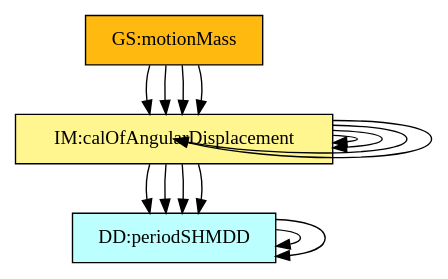
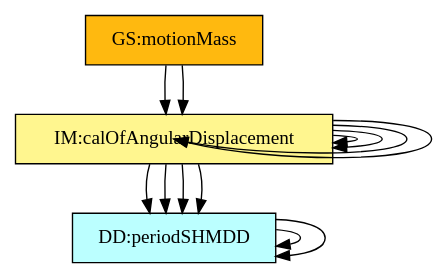
Before and after one commit to JacquesCarette/Drasil: the diagram in code/stable/sglpend/TraceyGraph/allvsall.dot, drawn with Graphviz. The commit also changed 49 other files, not shown here.

```diff
--- a/code/stable/sglpend/TraceyGraph/allvsall.dot
+++ b/code/stable/sglpend/TraceyGraph/allvsall.dot
@@ -1,92 +1,87 @@
 digraph allvsall {
 	dataDefn:angularFrequency -> dataDefn:period;
 	dataDefn:period -> dataDefn:frequency;
 	theory:angFrequencyGD -> dataDefn:frequency;
 	theory:angFrequencyGD -> theory:newtonSLR;
 	theory:periodPendGD -> dataDefn:frequency;
 	theory:periodPendGD -> dataDefn:angularFrequency;
 	theory:periodPendGD -> dataDefn:period;
 	theory:periodPendGD -> theory:angFrequencyGD;
 	theory:angularDisplacementIM -> theory:newtonSLR;
 	theory:angularDisplacementIM -> theory:angFrequencyGD;
-	instance:calcAngPos -> theory:angularDisplacementIM;
-	instance:outputValues -> theory:angularDisplacementIM;
 	instance:calcAngPos -> theory:angularDisplacementIM;
 	instance:outputValues -> theory:angularDisplacementIM;
 
 
 	instance:twoDMotion	[shape=box, color=black, style=filled, fillcolor=mistyrose, label="A:twoDMotion"];
 	instance:cartSys	[shape=box, color=black, style=filled, fillcolor=mistyrose, label="A:cartSys"];
 	instance:cartSysR	[shape=box, color=black, style=filled, fillcolor=mistyrose, label="A:cartSysR"];
 	instance:yAxisDir	[shape=box, color=black, style=filled, fillcolor=mistyrose, label="A:yAxisDir"];
 
 	subgraph A {
 	rank="same"
 	{instance:twoDMotion, instance:cartSys, instance:cartSysR, instance:yAxisDir}
 	}
 
 	dataDefn:ixPos	[shape=box, color=black, style=filled, fillcolor=paleturquoise1, label="DD:positionIX"];
 	dataDefn:iyPos	[shape=box, color=black, style=filled, fillcolor=paleturquoise1, label="DD:positionIY"];
 	dataDefn:frequency	[shape=box, color=black, style=filled, fillcolor=paleturquoise1, label="DD:frequencyDD"];
 	dataDefn:angularFrequency	[shape=box, color=black, style=filled, fillcolor=paleturquoise1, label="DD:angFrequencyDD"];
 	dataDefn:period	[shape=box, color=black, style=filled, fillcolor=paleturquoise1, label="DD:periodSHMDD"];
 
 	subgraph DD {
 	rank="same"
 	{dataDefn:ixPos, dataDefn:iyPos, dataDefn:frequency, dataDefn:angularFrequency, dataDefn:period}
 	}
 
 	theory:accelerationTM	[shape=box, color=black, style=filled, fillcolor=pink, label="TM:acceleration"];
 	theory:velocityTM	[shape=box, color=black, style=filled, fillcolor=pink, label="TM:velocity"];
 	theory:newtonSL	[shape=box, color=black, style=filled, fillcolor=pink, label="TM:NewtonSecLawMot"];
 	theory:newtonSLR	[shape=box, color=black, style=filled, fillcolor=pink, label="TM:NewtonSecLawRotMot"];
 
 	subgraph TM {
 	rank="same"
 	{theory:accelerationTM, theory:velocityTM, theory:newtonSL, theory:newtonSLR}
 	}
 
 	theory:xVel	[shape=box, color=black, style=filled, fillcolor=palegreen, label="GD:velocityIX"];
 	theory:yVel	[shape=box, color=black, style=filled, fillcolor=palegreen, label="GD:velocityIY"];
 	theory:xScalAcc	[shape=box, color=black, style=filled, fillcolor=palegreen, label="GD:accelerationIX"];
 	theory:yScalAcc	[shape=box, color=black, style=filled, fillcolor=palegreen, label="GD:accelerationIY"];
 	theory:hForceOnPendulum	[shape=box, color=black, style=filled, fillcolor=palegreen, label="GD:hForceOnPendulum"];
 	theory:vForceOnPendulum	[shape=box, color=black, style=filled, fillcolor=palegreen, label="GD:vForceOnPendulum"];
 	theory:angFrequencyGD	[shape=box, color=black, style=filled, fillcolor=palegreen, label="GD:angFrequencyGD"];
 	theory:periodPendGD	[shape=box, color=black, style=filled, fillcolor=palegreen, label="GD:periodPend"];
 
 	subgraph GD {
 	rank="same"
 	{theory:xVel, theory:yVel, theory:xScalAcc, theory:yScalAcc, theory:hForceOnPendulum, theory:vForceOnPendulum, theory:angFrequencyGD, theory:periodPendGD}
 	}
 
 	theory:angularDisplacementIM	[shape=box, color=black, style=filled, fillcolor=khaki1, label="IM:calOfAngularDisplacement"];
 
 	subgraph IM {
 	rank="same"
 	{theory:angularDisplacementIM}
 	}
 
-	instance:verifyInptVals	[shape=box, color=black, style=filled, fillcolor=ivory, label="FR:verifyInptVals"];
-	instance:calcAngPos	[shape=box, color=black, style=filled, fillcolor=ivory, label="FR:calcAngPos"];
-	instance:outputValues	[shape=box, color=black, style=filled, fillcolor=ivory, label="FR:outputValues"];
 	instance:correct	[shape=box, color=black, style=filled, fillcolor=ivory, label="NFR:correct"];
 	instance:portable	[shape=box, color=black, style=filled, fillcolor=ivory, label="NFR:portable"];
 	instance:inputValues	[shape=box, color=black, style=filled, fillcolor=ivory, label="FR:inputValues"];
 	instance:verifyInptVals	[shape=box, color=black, style=filled, fillcolor=ivory, label="FR:verifyInptVals"];
 	instance:calcAngPos	[shape=box, color=black, style=filled, fillcolor=ivory, label="FR:calcAngPos"];
 	instance:outputValues	[shape=box, color=black, style=filled, fillcolor=ivory, label="FR:outputValues"];
 
-	subgraph FR {
+	subgraph NFR {
 	rank="same"
-	{instance:verifyInptVals, instance:calcAngPos, instance:outputValues, instance:correct, instance:portable, instance:inputValues, instance:verifyInptVals, instance:calcAngPos, instance:outputValues}
+	{instance:correct, instance:portable, instance:inputValues, instance:verifyInptVals, instance:calcAngPos, instance:outputValues}
 	}
 
 	instance:motionMass	[shape=box, color=black, style=filled, fillcolor=darkgoldenrod1, label="GS:motionMass"];
 
 	subgraph GS {
 	rank="same"
 	{instance:motionMass}
 	}
 
 }
```
